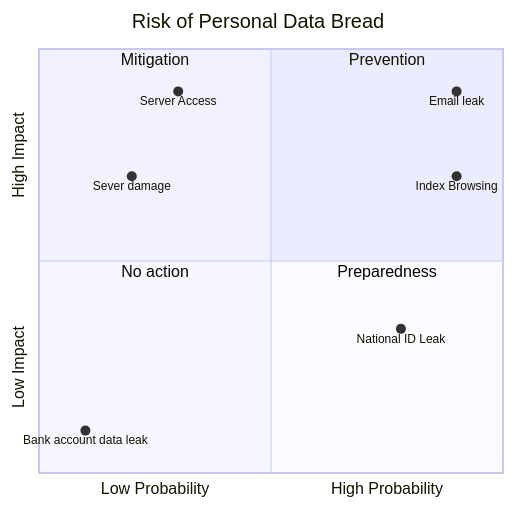
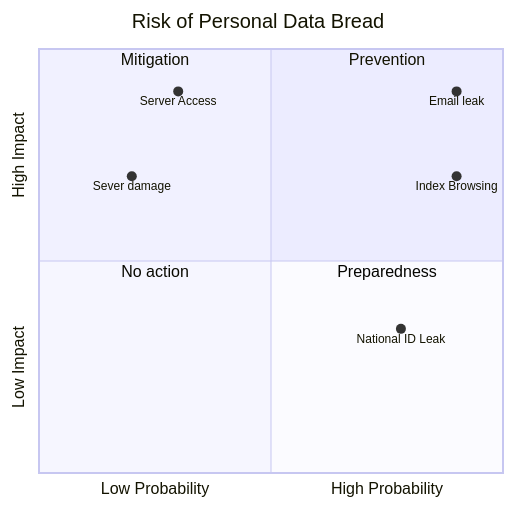
One commit to Kietpawpan/pdpa changed the fourth of 4 diagrams in README.md. Above: the diagram before and after it, drawn with Mermaid.

````diff
--- a/README.md
+++ b/README.md
@@ -87,16 +87,15 @@
 ```mermaid
 quadrantChart
     title Risk of Personal Data Bread
     x-axis Low Probability --> High Probability
     y-axis Low Impact --> High Impact
     quadrant-1 Prevention
     quadrant-2 Mitigation
     quadrant-3 No action
     quadrant-4 Preparedness 
 	Server Access: [0.3, 0.9]
     	Email leak: [0.9, 0.9]
     Index Browsing: [0.9, 0.7]
     National ID Leak: [0.78, 0.34]
     Sever damage: [0.2, 0.7]
-	Bank account data leak: [0.1, 0.1]
 ```
````
